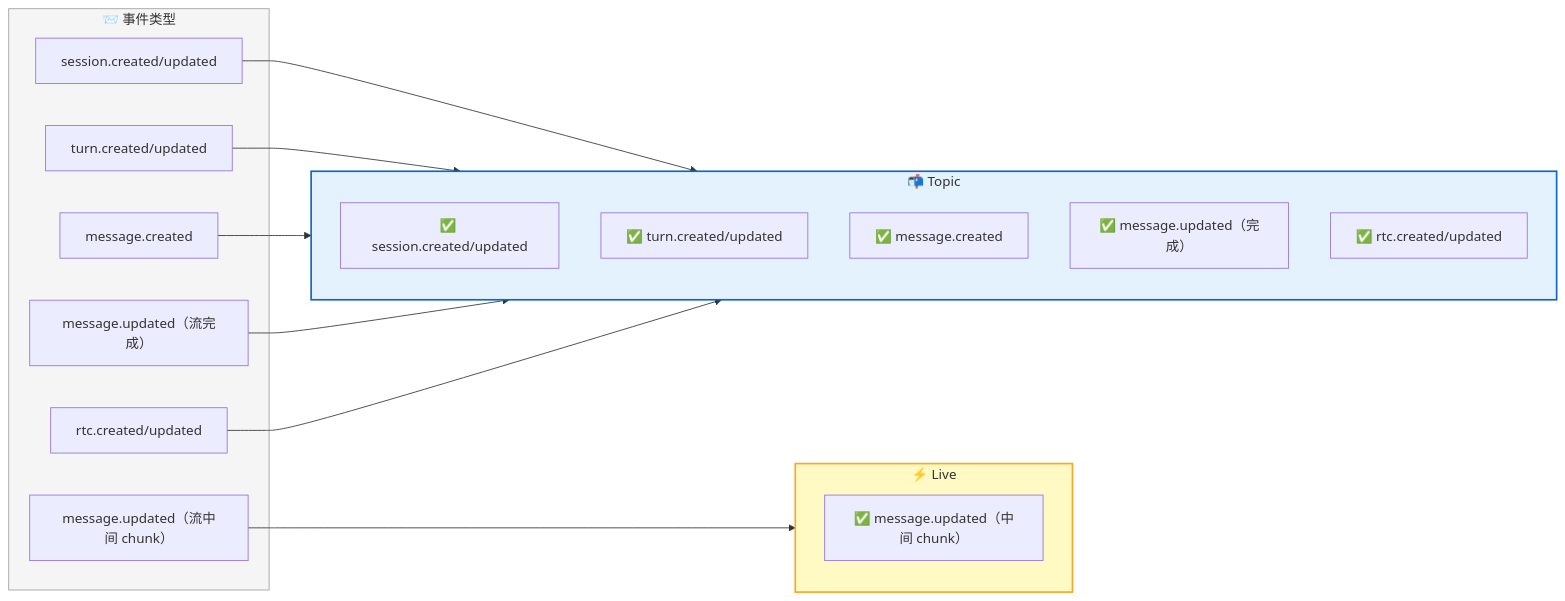
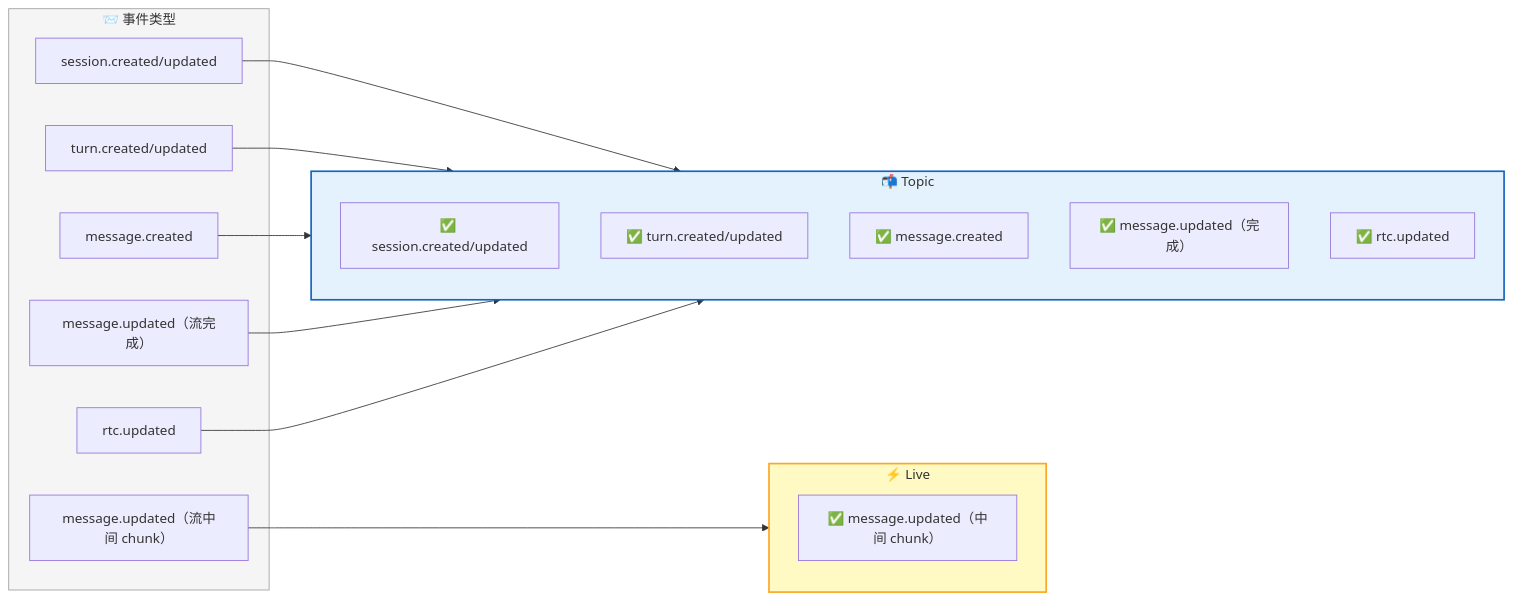
The second of 7 diagrams in src/content/docs/features/realtime.md (rtc-agent/docs), drawn with Mermaid before and after one commit. The commit also changed other lines of this file and 60 other files, not shown here.

First line of the commit message:
docs(site): refresh documentation with new sections and improved diagrams

````diff
--- a/src/content/docs/features/realtime.md
+++ b/src/content/docs/features/realtime.md
@@ -54,34 +54,34 @@
 ```mermaid
 flowchart LR
     subgraph EVENTS["📨 事件类型"]
         E1["session.created/updated"]
         E2["turn.created/updated"]
         E3["message.created"]
         E4["message.updated（流完成）"]
         E5["message.updated（流中间 chunk）"]
-        E6["rtc.created/updated"]
+        E6["rtc.updated"]
     end
 
     subgraph T["📬 Topic"]
         T1["✅ session.created/updated"]
         T2["✅ turn.created/updated"]
         T3["✅ message.created"]
         T4["✅ message.updated（完成）"]
-        T5["✅ rtc.created/updated"]
+        T5["✅ rtc.updated"]
     end
 
     subgraph L["⚡ Live"]
         L1["✅ message.updated（中间 chunk）"]
     end
 
     E1 --> T
     E2 --> T
     E3 --> T
     E4 --> T
     E5 --> L
     E6 --> T
 
     style EVENTS fill:#f5f5f5,stroke:#9e9e9e,stroke-width:1px
     style T fill:#e3f2fd,stroke:#1565c0,stroke-width:2px
     style L fill:#fff9c4,stroke:#f9a825,stroke-width:2px
 ```
````
